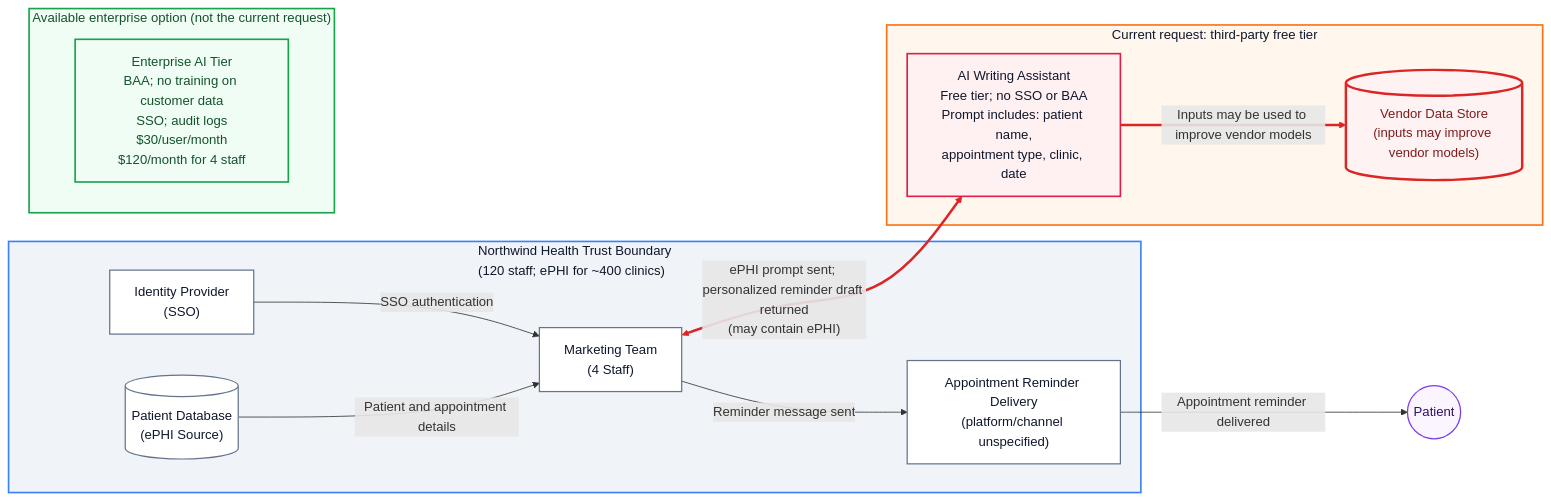
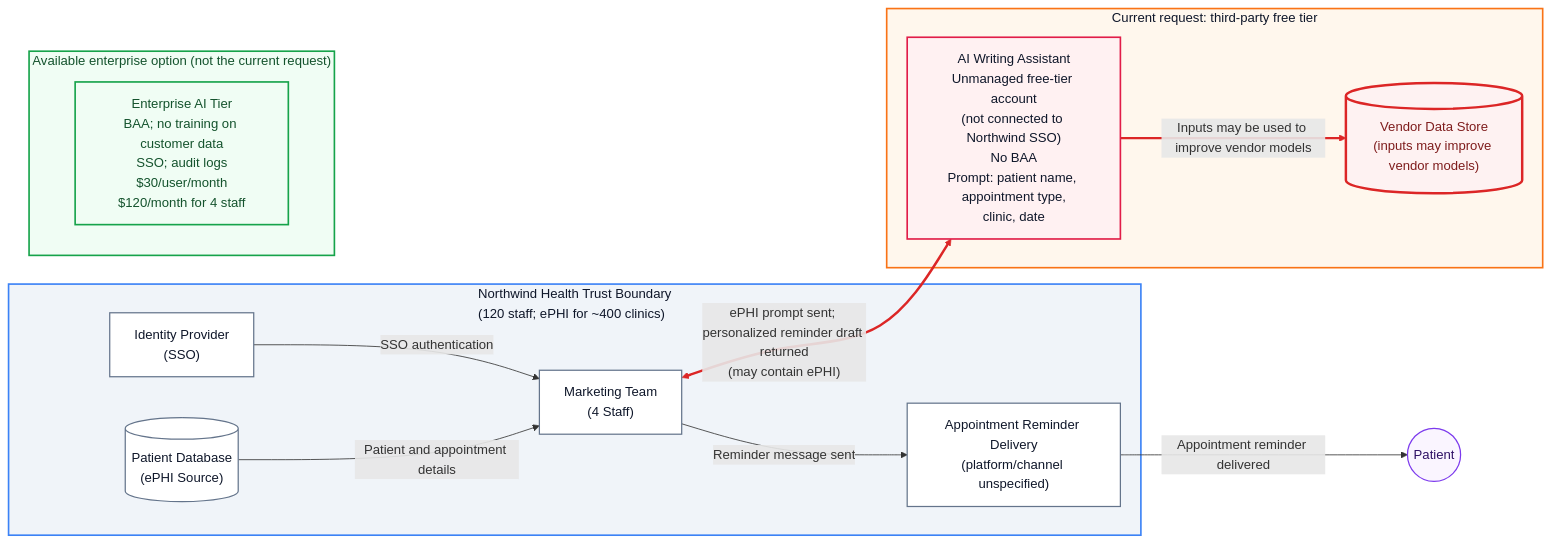
The diagram in README.md (nickq1986/GRC-Analyst), drawn with Mermaid before and after one commit.

Commit message:
Clarify free-tier SSO account label

````diff
--- a/README.md
+++ b/README.md
@@ -42,49 +42,49 @@
 ```mermaid
 flowchart LR
     subgraph NW ["Northwind Health Trust Boundary<br/>(120 staff; ePHI for ~400 clinics)"]
         DB[("Patient Database<br/>(ePHI Source)")]
         SSO["Identity Provider<br/>(SSO)"]
         M["Marketing Team<br/>(4 Staff)"]
         RD["Appointment Reminder Delivery<br/>(platform/channel unspecified)"]
 
     end
 
     subgraph EXT ["Current request: third-party free tier"]
-        AI["AI Writing Assistant<br/>Free tier; no SSO or BAA<br/>Prompt includes: patient name,<br/>appointment type, clinic, date"]
+        AI["AI Writing Assistant<br/>Unmanaged free-tier account<br/>(not connected to Northwind SSO)<br/>No BAA<br/>Prompt: patient name, appointment type,<br/>clinic, date"]
         V[("Vendor Data Store<br/>(inputs may improve vendor models)")]
     end
 
     subgraph ALT ["Available enterprise option (not the current request)"]
         EAI["Enterprise AI Tier<br/>BAA; no training on customer data<br/>SSO; audit logs<br/>$30/user/month<br/>$120/month for 4 staff"]
     end
 
     P(("Patient"))
 
     %% Current proposed workflow and high-risk ePHI egress
     SSO -->|"SSO authentication"| M
     DB -->|"Patient and appointment details"| M
     M <-->|"ePHI prompt sent; personalized reminder draft returned<br/>(may contain ePHI)"| AI
     AI == "Inputs may be used to improve vendor models" ==> V
     M -->|"Reminder message sent"| RD
     RD -->|"Appointment reminder delivered"| P
 
     %% Styling & Theme Classes
     classDef boundary fill:#f0f4f9,stroke:#3b82f6,stroke-width:2px,color:#0f172a;
     classDef extBoundary fill:#fff7ed,stroke:#f97316,stroke-width:2px,color:#0f172a;
     classDef internal fill:#ffffff,stroke:#64748b,stroke-width:1.5px,color:#0f172a;
     classDef external fill:#fff1f2,stroke:#e11d48,stroke-width:2px,color:#0f172a;
     classDef risk fill:#fef2f2,stroke:#dc2626,stroke-width:3px,color:#7f1d1d;
     classDef optional fill:#f0fdf4,stroke:#16a34a,stroke-width:2px,color:#14532d;
     classDef patient fill:#faf5ff,stroke:#7c3aed,stroke-width:1.5px,color:#2e1065;
 
     class NW boundary;
     class EXT extBoundary;
     class ALT optional;
     class M,SSO,DB,RD internal;
     class AI external;
     class V risk;
     class EAI optional;
     class P patient;
 
     linkStyle 2,3 stroke:#dc2626,stroke-width:3px;
 ```
````
